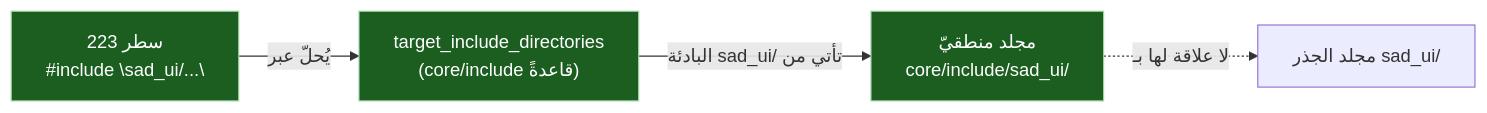
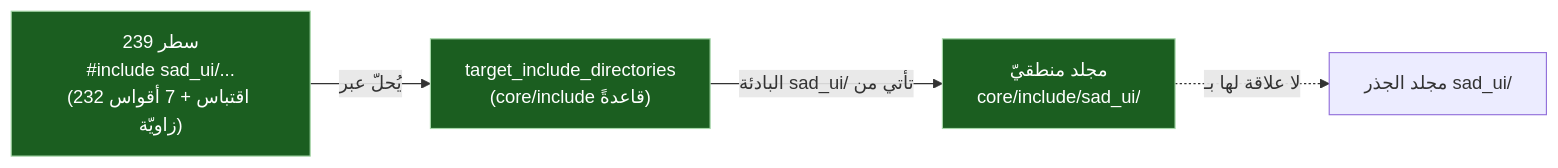
Before and after one commit to sadlang/sadlang-planning: the third of 4 diagrams in projects/graphics-sadui/plan/نقل-الرسومات-إلى-مجلد-الميزات.md, drawn with Mermaid. The commit also changed other lines of this file, not shown here.

````diff
--- a/projects/graphics-sadui/plan/نقل-الرسومات-إلى-مجلد-الميزات.md
+++ b/projects/graphics-sadui/plan/نقل-الرسومات-إلى-مجلد-الميزات.md
@@ -99,9 +99,9 @@
 ```mermaid
 flowchart LR
-    INC["223 سطر\n#include \"sad_ui/...\""] -->|"يُحلّ عبر"| BASE["target_include_directories\n(core/include قاعدةً)"]
+    INC["239 سطر\n#include sad_ui/...\n(232 اقتباس + 7 أقواس زاويّة)"] -->|"يُحلّ عبر"| BASE["target_include_directories\n(core/include قاعدةً)"]
     BASE -->|"البادئة sad_ui/ تأتي من"| LOGIC["مجلد منطقيّ\ncore/include/sad_ui/"]
     LOGIC -.->|"لا علاقة لها بـ"| TOP["مجلد الجذر sad_ui/"]
 
     classDef ok fill:#1b5e20,stroke:#a5d6a7,color:#fff;
     class INC,BASE,LOGIC ok;
 ```
````
